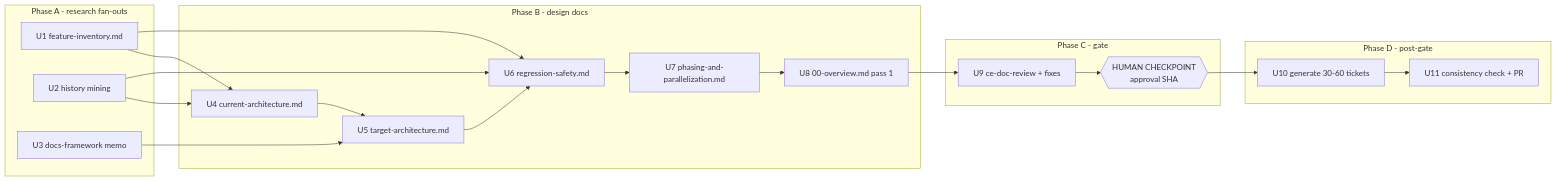
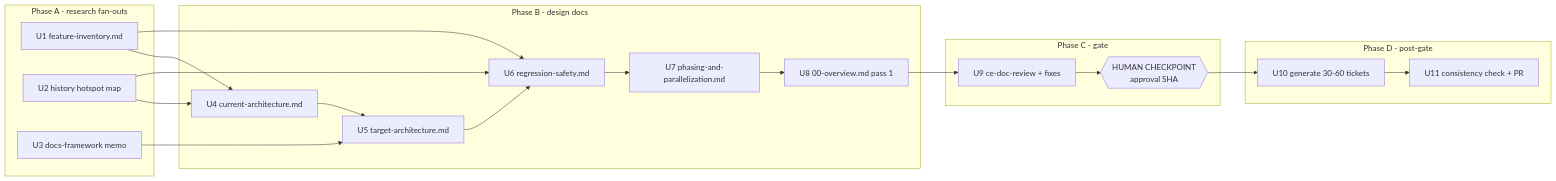
The diagram in docs/plans/2026-07-06-001-refactor-production-readiness-planning-spike-plan.md (aiur-team/aiur), drawn with Mermaid before and after one commit. The commit also changed other lines of this file, not shown here.

````diff
--- a/docs/plans/2026-07-06-001-refactor-production-readiness-planning-spike-plan.md
+++ b/docs/plans/2026-07-06-001-refactor-production-readiness-planning-spike-plan.md
@@ -272,27 +376,27 @@
 ```mermaid
 flowchart LR
     subgraph A [Phase A - research fan-outs]
         U1[U1 feature-inventory.md]
-        U2[U2 history mining]
+        U2[U2 history hotspot map]
         U3[U3 docs-framework memo]
     end
     subgraph B [Phase B - design docs]
         U4[U4 current-architecture.md]
         U5[U5 target-architecture.md]
         U6[U6 regression-safety.md]
         U7[U7 phasing-and-parallelization.md]
         U8[U8 00-overview.md pass 1]
     end
     subgraph C [Phase C - gate]
         U9[U9 ce-doc-review + fixes]
         GATE{{HUMAN CHECKPOINT<br/>approval SHA}}
     end
     subgraph D [Phase D - post-gate]
         U10[U10 generate 30-60 tickets]
         U11[U11 consistency check + PR]
     end
     U1 --> U4 & U6
     U2 --> U4 & U6
     U3 --> U5
     U4 --> U5 --> U6 --> U7 --> U8 --> U9 --> GATE --> U10 --> U11
 ```
````
